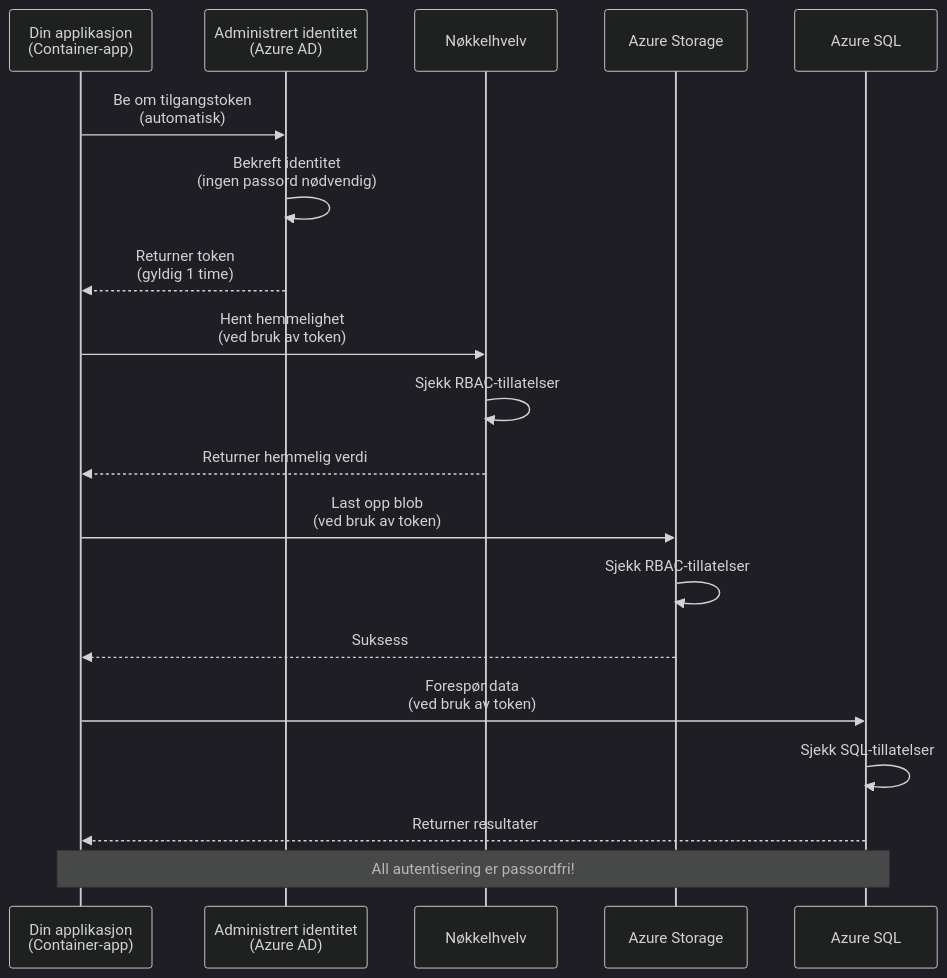
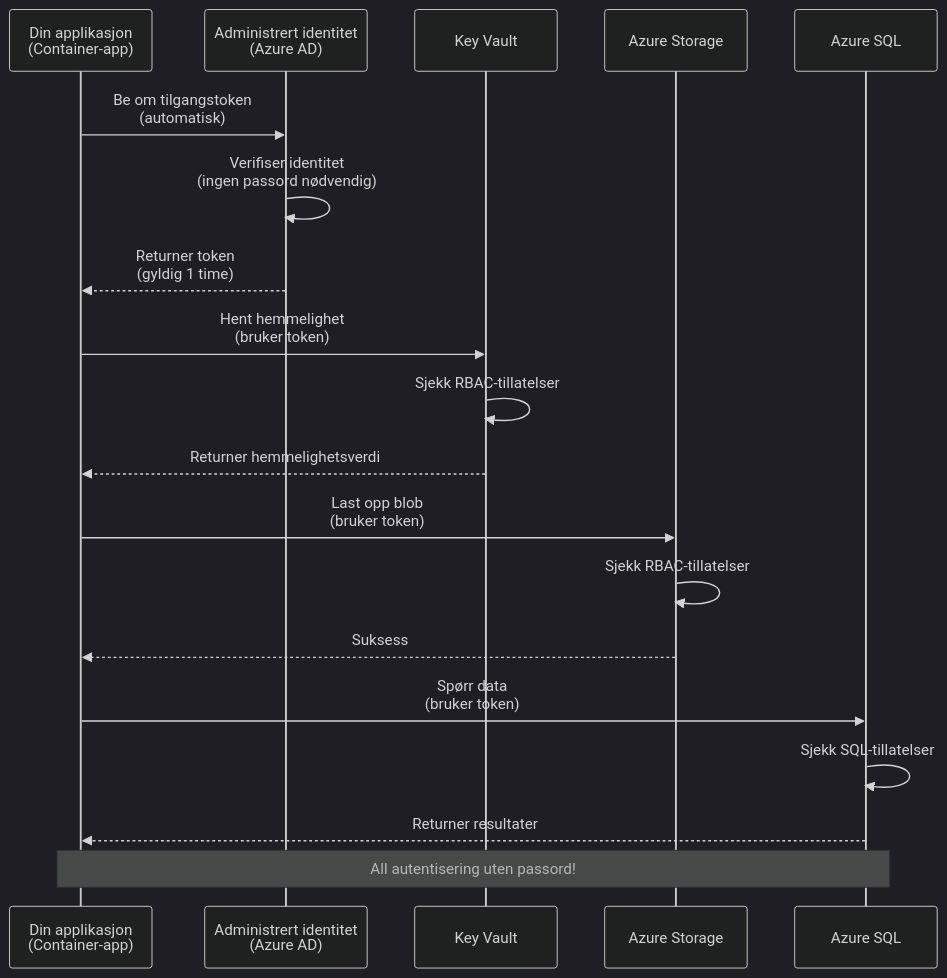
One commit to microsoft/AZD-for-beginners changed the first of 2 diagrams in translations/no/docs/chapter-03-configuration/authsecurity.md. Above: the diagram before and after it, drawn with Mermaid (dark theme). The commit also changed other lines of this file and 101 other files, not shown here.

````diff
--- a/translations/no/docs/chapter-03-configuration/authsecurity.md
+++ b/translations/no/docs/chapter-03-configuration/authsecurity.md
@@ -69,26 +69,26 @@
 ```mermaid
 sequenceDiagram
     participant App as Din applikasjon<br/>(Container-app)
     participant MI as Administrert identitet<br/>(Azure AD)
-    participant KV as Nøkkelhvelv
+    participant KV as Key Vault
     participant Storage as Azure Storage
     participant DB as Azure SQL
     
     App->>MI: Be om tilgangstoken<br/>(automatisk)
-    MI->>MI: Bekreft identitet<br/>(ingen passord nødvendig)
+    MI->>MI: Verifiser identitet<br/>(ingen passord nødvendig)
     MI-->>App: Returner token<br/>(gyldig 1 time)
     
-    App->>KV: Hent hemmelighet<br/>(ved bruk av token)
+    App->>KV: Hent hemmelighet<br/>(bruker token)
     KV->>KV: Sjekk RBAC-tillatelser
-    KV-->>App: Returner hemmelig verdi
+    KV-->>App: Returner hemmelighetsverdi
     
-    App->>Storage: Last opp blob<br/>(ved bruk av token)
+    App->>Storage: Last opp blob<br/>(bruker token)
     Storage->>Storage: Sjekk RBAC-tillatelser
     Storage-->>App: Suksess
     
-    App->>DB: Forespør data<br/>(ved bruk av token)
+    App->>DB: Spørr data<br/>(bruker token)
     DB->>DB: Sjekk SQL-tillatelser
     DB-->>App: Returner resultater
     
-    Note over App,DB: All autentisering er passordfri!
+    Note over App,DB: All autentisering uten passord!
 ```
````
